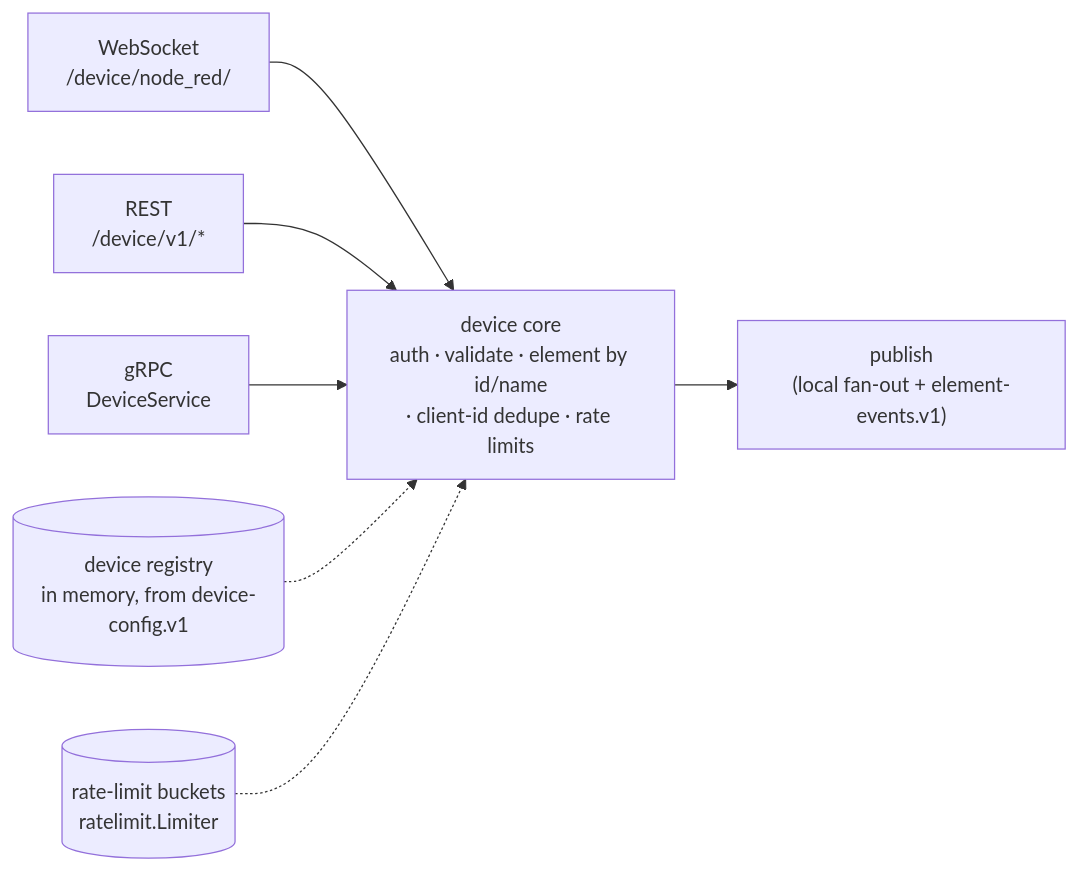
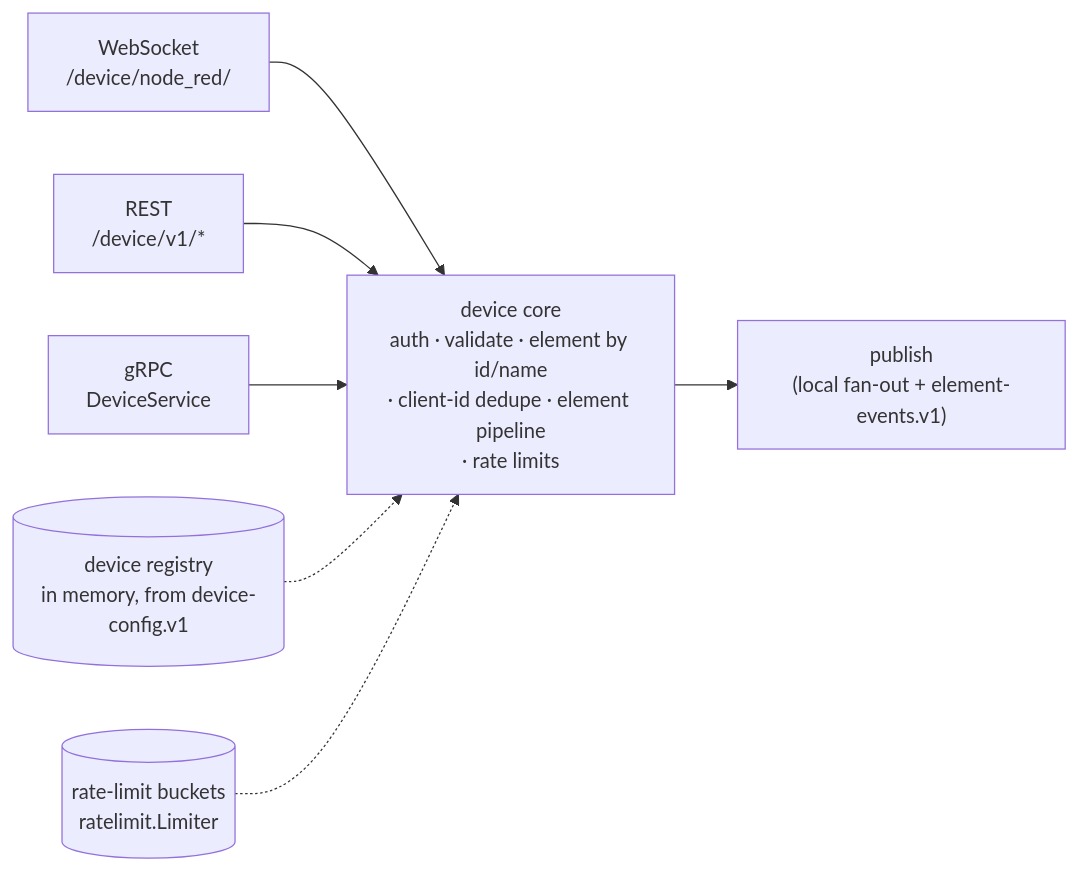
One commit to taha2samy-3/qauk-qauk changed the second of 8 diagrams in docs/02_architecture.md. Above: the diagram before and after it, drawn with Mermaid. The commit also changed other lines of this file and 206 other files, not shown here.

````diff
--- a/docs/02_architecture.md
+++ b/docs/02_architecture.md
@@ -67,9 +67,9 @@
 ```mermaid
 flowchart LR
   WS["WebSocket<br/>/device/node_red/"] --> C
   R["REST<br/>/device/v1/*"] --> C
   G["gRPC<br/>DeviceService"] --> C
-  C["device core<br/>auth · validate · element by id/name<br/>· client-id dedupe · rate limits"] --> P["publish<br/>(local fan-out + element-events.v1)"]
+  C["device core<br/>auth · validate · element by id/name<br/>· client-id dedupe · element pipeline<br/>· rate limits"] --> P["publish<br/>(local fan-out + element-events.v1)"]
   REG[("device registry<br/>in memory, from device-config.v1")] -.-> C
   RL[("rate-limit buckets<br/>ratelimit.Limiter")] -.-> C
 ```
````
